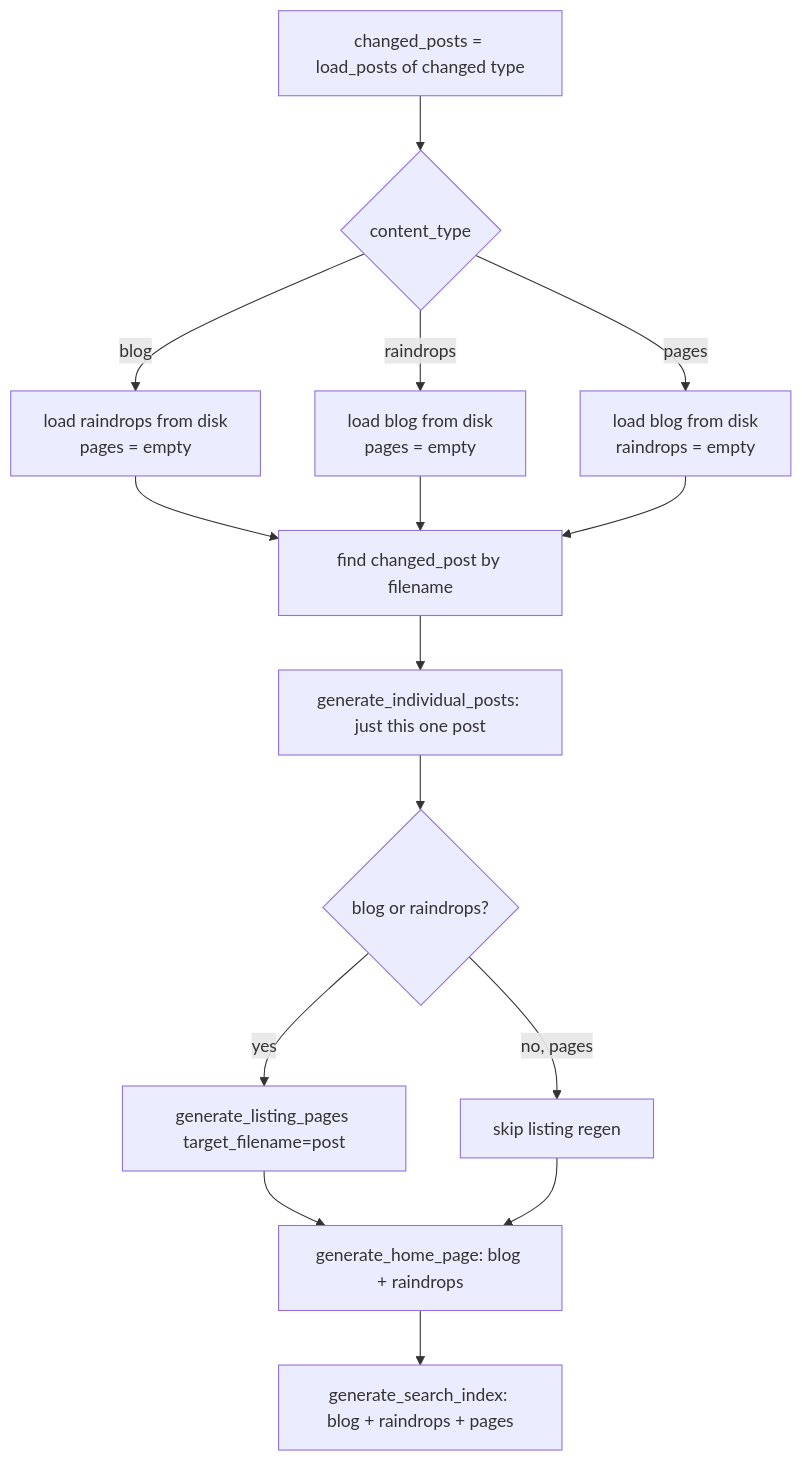
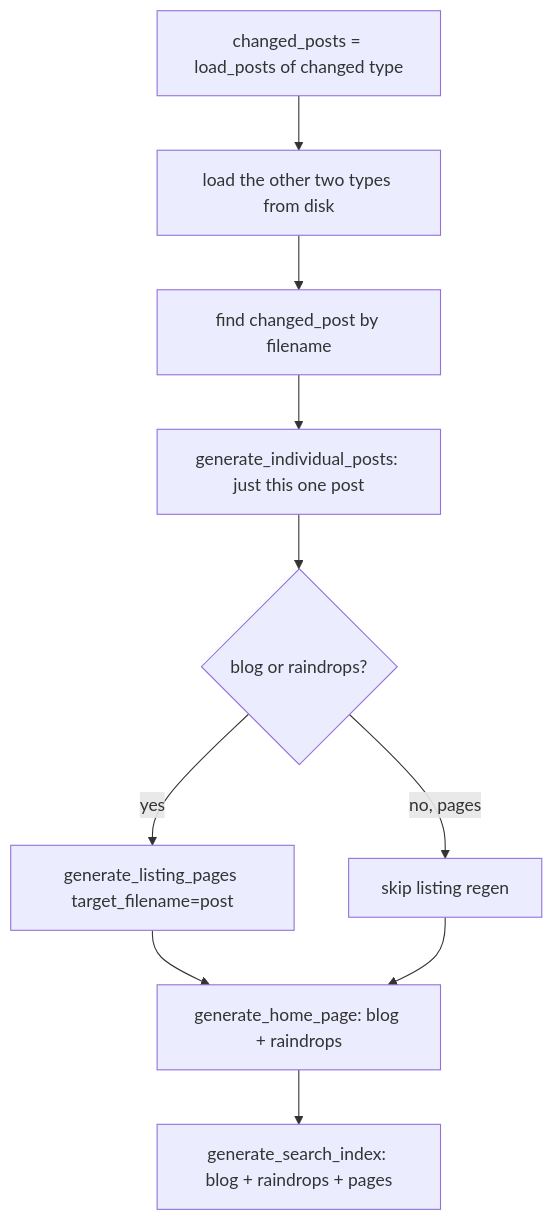
Before and after one commit to pitosalas/salasblog2: the second of 2 diagrams in 01-literate/07-generator.md, drawn with Mermaid. The commit also changed other lines of this file and 18 other files, not shown here.

````diff
--- a/01-literate/07-generator.md
+++ b/01-literate/07-generator.md
@@ -343,17 +388,12 @@
 ```mermaid
 flowchart TD
-    A[changed_posts = load_posts of changed type] --> B{content_type}
-    B -->|blog| C[load raindrops from disk<br/>pages = empty]
-    B -->|raindrops| D[load blog from disk<br/>pages = empty]
-    B -->|pages| E[load blog from disk<br/>raindrops = empty]
-    C --> F[find changed_post by filename]
-    D --> F
-    E --> F
+    A[changed_posts = load_posts of changed type] --> B[load the other two types from disk]
+    B --> F[find changed_post by filename]
     F --> G[generate_individual_posts: just this one post]
     G --> H{blog or raindrops?}
     H -->|yes| I[generate_listing_pages target_filename=post]
     H -->|no, pages| J[skip listing regen]
     I --> K[generate_home_page: blog + raindrops]
     J --> K
     K --> L[generate_search_index: blog + raindrops + pages]
 ```
````
